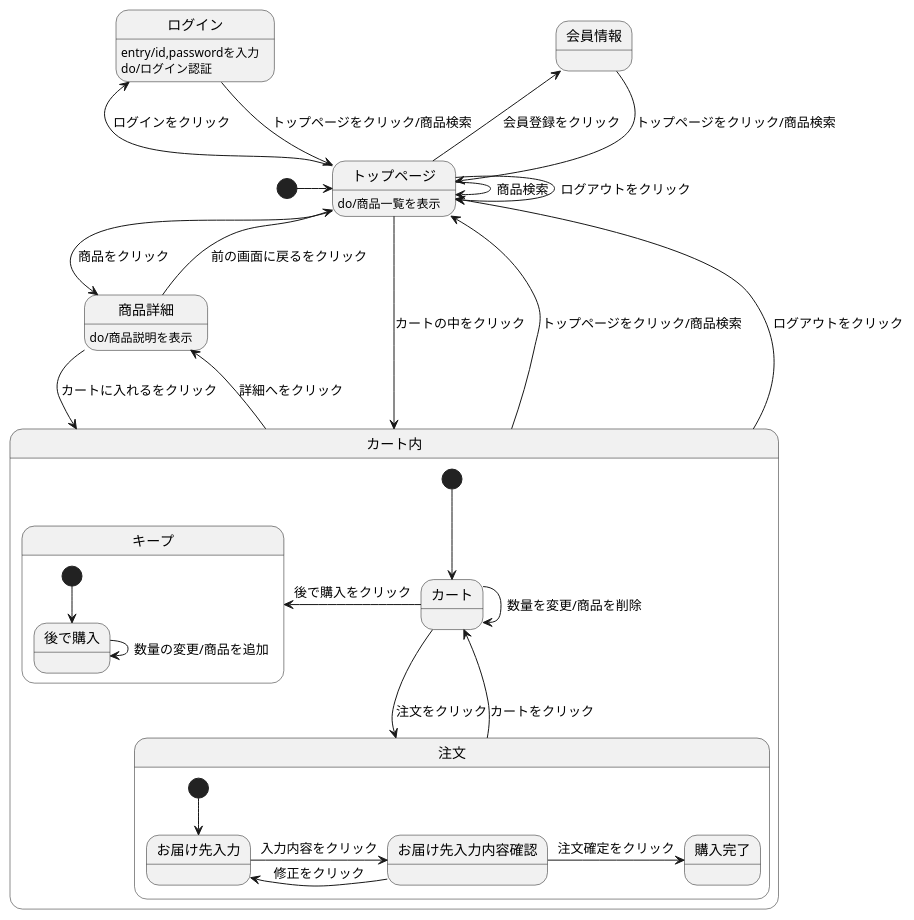
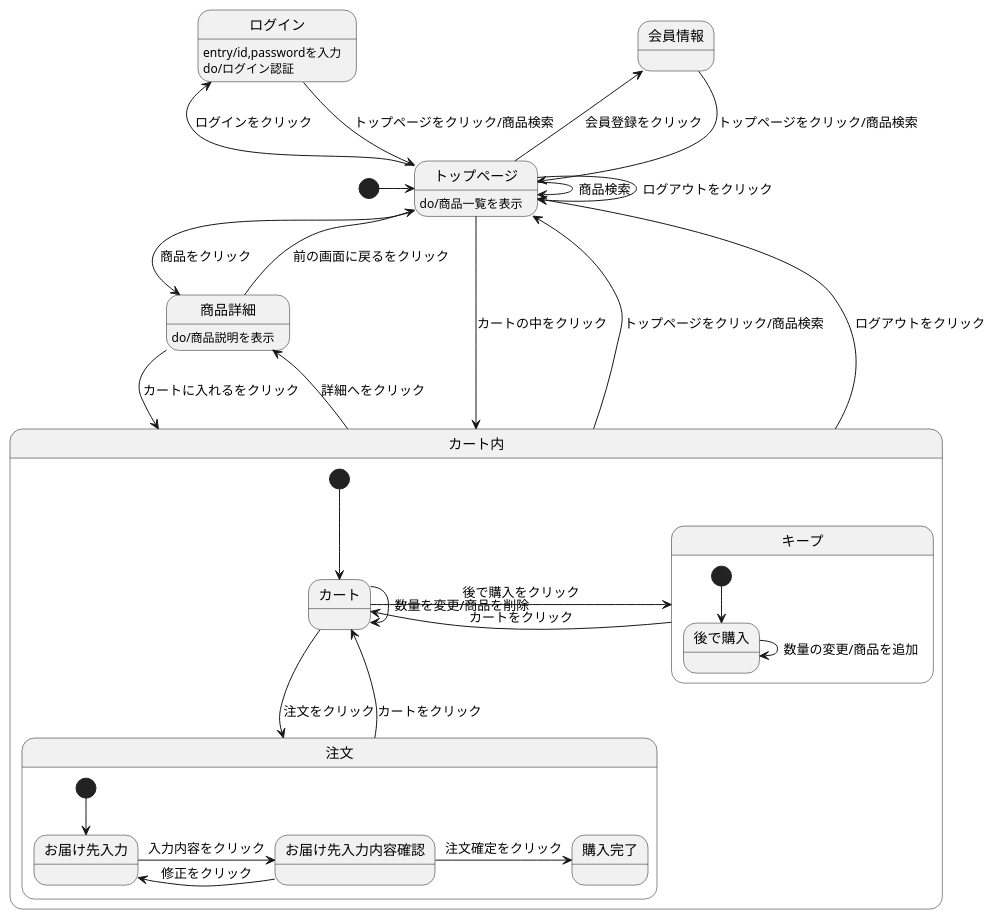
One commit to Aso2101121/2021sys-design changed the diagram in origamen.md. Above: the diagram before and after it, drawn with PlantUML.

````diff
--- a/origamen.md
+++ b/origamen.md
@@ -1,39 +1,40 @@
 ```uml
 @startuml
 [*] -> トップページ
 会員情報 --> トップページ : トップページをクリック/商品検索
 ログイン --> トップページ : トップページをクリック/商品検索
 ログイン:entry/id,passwordを入力
 ログイン:do/ログイン認証
 トップページ --> トップページ : ログアウトをクリック
 トップページ -> トップページ : 商品検索
 トップページ -> 商品詳細 : 商品をクリック
 トップページ -left->会員情報 : 会員登録をクリック
 トップページ -left-> ログイン : ログインをクリック
 トップページ --> カート内 : カートの中をクリック
 トップページ:do/商品一覧を表示
 商品詳細 --> カート内 : カートに入れるをクリック
 商品詳細 --> トップページ : 前の画面に戻るをクリック
 商品詳細:do/商品説明を表示
 カート内 -up-> トップページ : トップページをクリック/商品検索
 カート内 -up-> トップページ : ログアウトをクリック
 カート内 -> 商品詳細 : 詳細へをクリック
 
 state カート内 {
 [*] --> カート
 カート -> 注文 : 注文をクリック
 カート -left-> キープ : 後で購入をクリック
+キープ -left-> カート : カートをクリック
 カート -> カート : 数量を変更/商品を削除
 注文 --> カート : カートをクリック
 state 注文 {
 [*] --> お届け先入力
 お届け先入力 -> お届け先入力内容確認 : 入力内容をクリック
 お届け先入力内容確認 -> お届け先入力 : 修正をクリック
 お届け先入力内容確認 -> 購入完了 : 注文確定をクリック
 }
 state キープ {
 [*] --> 後で購入
 後で購入 -> 後で購入 : 数量の変更/商品を追加
 }
 @enduml
 ```
````
